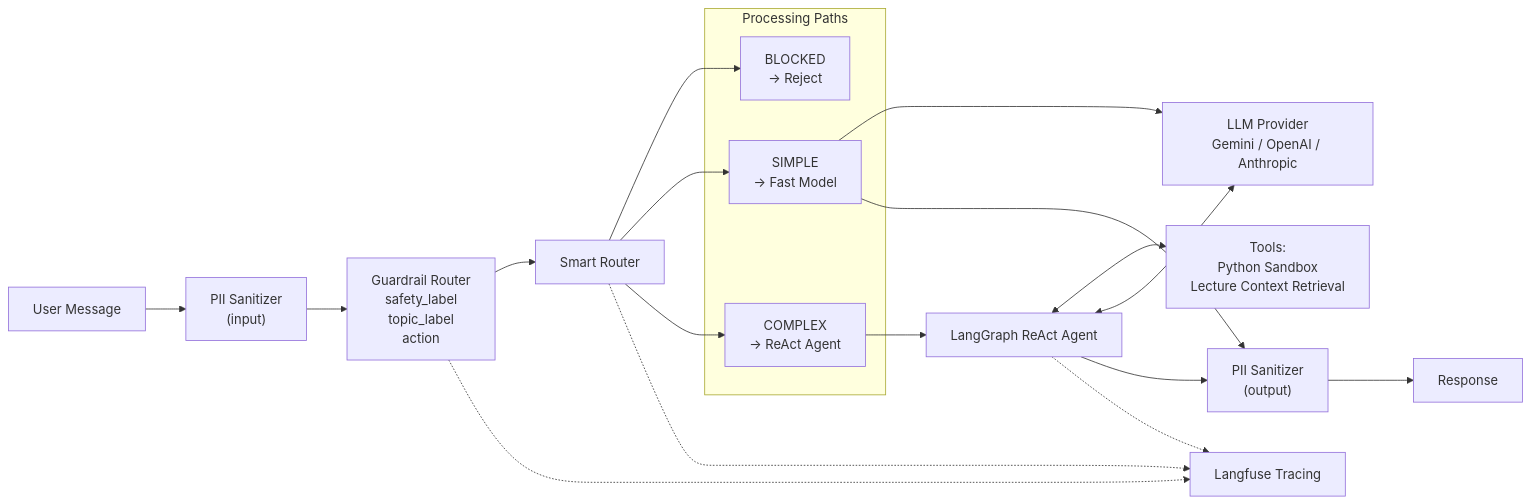
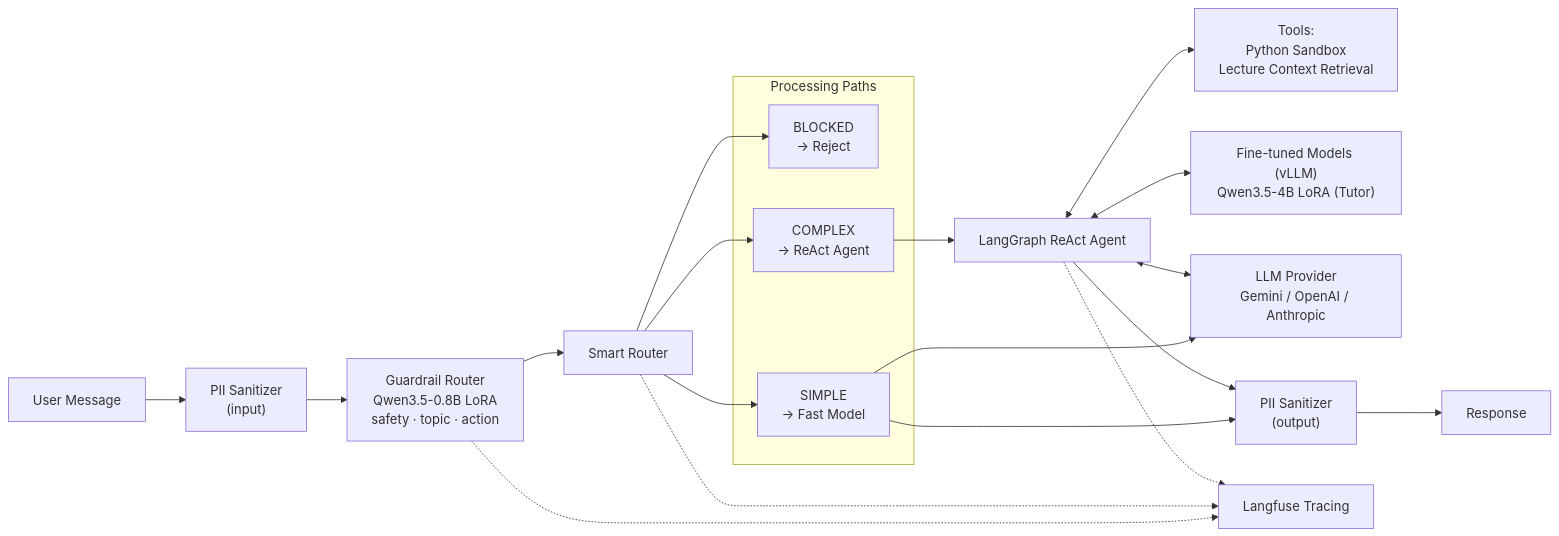
One commit to luannnguyenai/team49-backup changed the second of 2 diagrams in docs/architecture.md. Above: the diagram before and after it, drawn with Mermaid. The commit also changed other lines of this file and 2 other files, not shown here.

````diff
--- a/docs/architecture.md
+++ b/docs/architecture.md
@@ -100,33 +100,35 @@
 ```mermaid
 flowchart LR
     Input["User Message"]
     PII_IN["PII Sanitizer<br/>(input)"]
-    GR["Guardrail Router<br/>safety_label<br/>topic_label<br/>action"]
+    GR["Guardrail Router<br/>Qwen3.5-0.8B LoRA<br/>safety · topic · action"]
     SR["Smart Router"]
 
     subgraph Paths["Processing Paths"]
         BLOCKED["BLOCKED<br/>→ Reject"]
         SIMPLE["SIMPLE<br/>→ Fast Model"]
         COMPLEX["COMPLEX<br/>→ ReAct Agent"]
     end
 
     RA["LangGraph ReAct Agent"]
     TOOLS["Tools:<br/>Python Sandbox<br/>Lecture Context Retrieval"]
+    FT["Fine-tuned Models (vLLM)<br/>Qwen3.5-4B LoRA (Tutor)"]
     LLM["LLM Provider<br/>Gemini / OpenAI / Anthropic"]
     PII_OUT["PII Sanitizer<br/>(output)"]
     TRACE["Langfuse Tracing"]
     Output["Response"]
 
     Input --> PII_IN --> GR --> SR
     SR --> BLOCKED
     SR --> SIMPLE --> LLM
     SR --> COMPLEX --> RA
     RA <--> TOOLS
     RA <--> LLM
+    RA <--> FT
     SIMPLE --> PII_OUT
     RA --> PII_OUT
     PII_OUT --> Output
     GR -.-> TRACE
     SR -.-> TRACE
     RA -.-> TRACE
 ```
````
